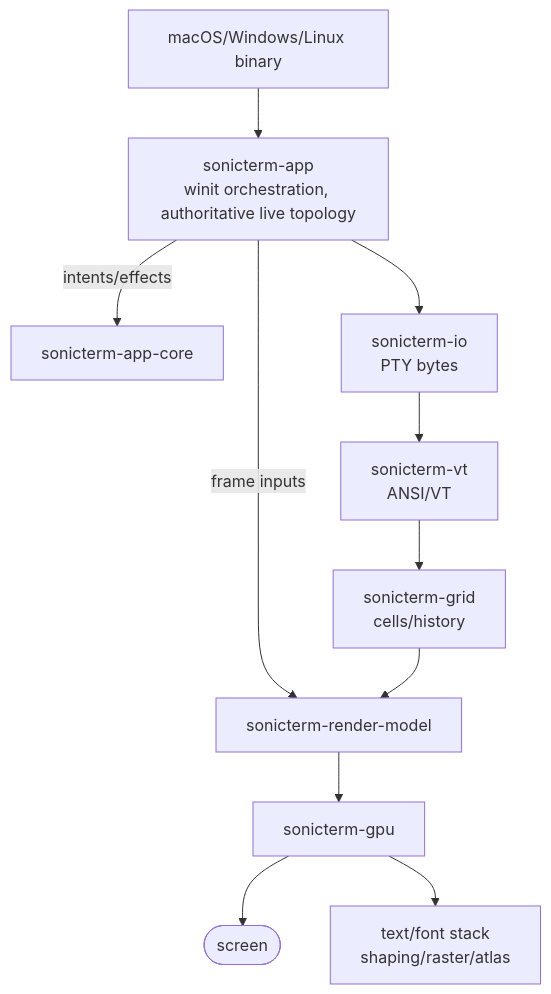
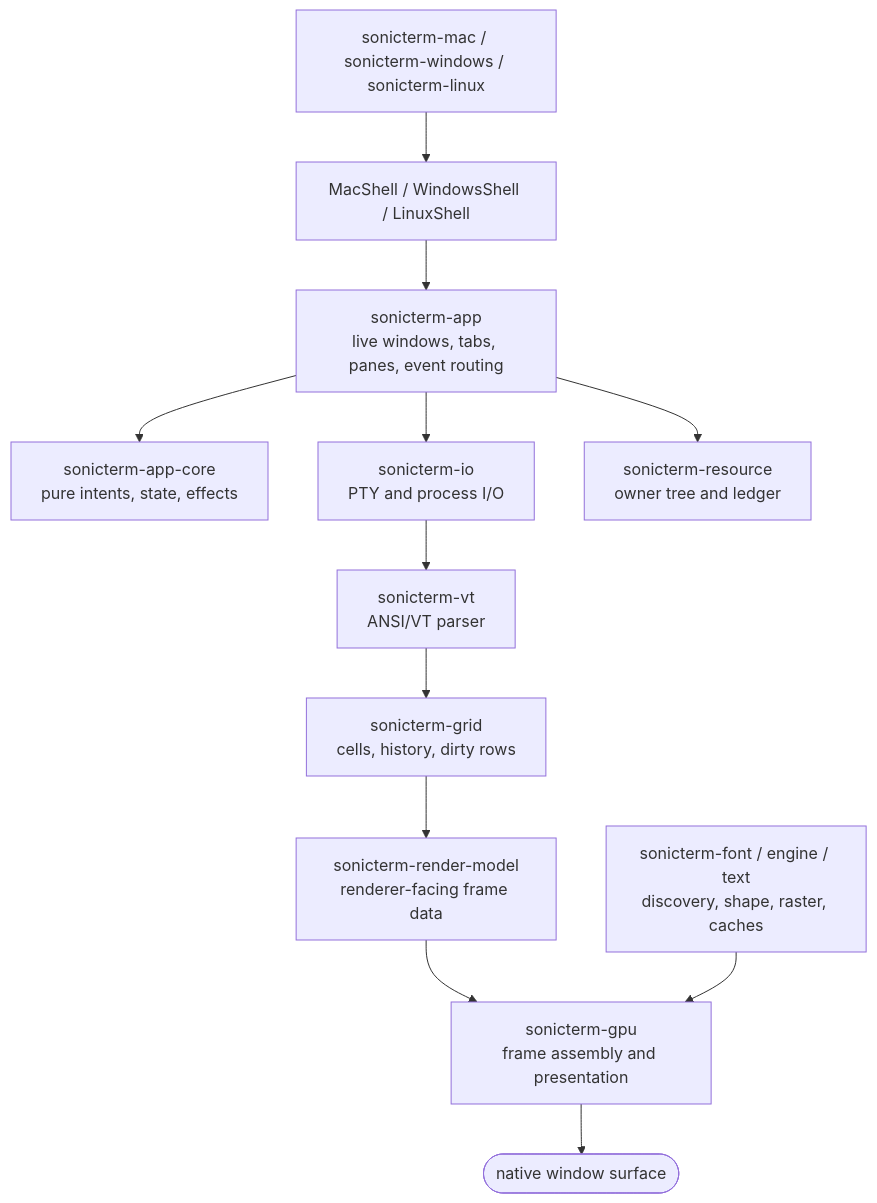
One commit to D0n9X1n/SonicTerm changed the first of 2 diagrams in wiki/Architecture.md. Above: the diagram before and after it, drawn with Mermaid. The commit also changed other lines of this file and 33 other files, not shown here.

````diff
--- a/wiki/Architecture.md
+++ b/wiki/Architecture.md
@@ -26,24 +17,21 @@
 ```mermaid
 flowchart TD
-    bin["macOS/Windows/Linux binary"]
-    app["sonicterm-app<br/>winit orchestration, authoritative live topology"]
-    core["sonicterm-app-core"]
-    rm["sonicterm-render-model"]
-    gpu["sonicterm-gpu"]
-    screen(["screen"])
-    io["sonicterm-io<br/>PTY bytes"]
-    vt["sonicterm-vt<br/>ANSI/VT"]
-    grid["sonicterm-grid<br/>cells/history"]
-    text["text/font stack<br/>shaping/raster/atlas"]
+    platform["sonicterm-mac / sonicterm-windows / sonicterm-linux"]
+    shell["MacShell / WindowsShell / LinuxShell"]
+    app["sonicterm-app<br/>live windows, tabs, panes, event routing"]
+    core["sonicterm-app-core<br/>pure intents, state, effects"]
+    io["sonicterm-io<br/>PTY and process I/O"]
+    vt["sonicterm-vt<br/>ANSI/VT parser"]
+    grid["sonicterm-grid<br/>cells, history, dirty rows"]
+    model["sonicterm-render-model<br/>renderer-facing frame data"]
+    font["sonicterm-font / engine / text<br/>discovery, shape, raster, caches"]
+    gpu["sonicterm-gpu<br/>frame assembly and presentation"]
+    screen(["native window surface"])
+    resource["sonicterm-resource<br/>owner tree and ledger"]
 
-    bin --> app
-    app -- "intents/effects" --> core
-    app -- "frame inputs" --> rm
-    app --> io
-    io --> vt
-    vt --> grid
-    grid --> rm
-    rm --> gpu
-    gpu --> screen
-    gpu --> text
+    platform --> shell --> app
+    app --> core
+    app --> io --> vt --> grid --> model --> gpu --> screen
+    font --> gpu
+    app --> resource
 ```
````
